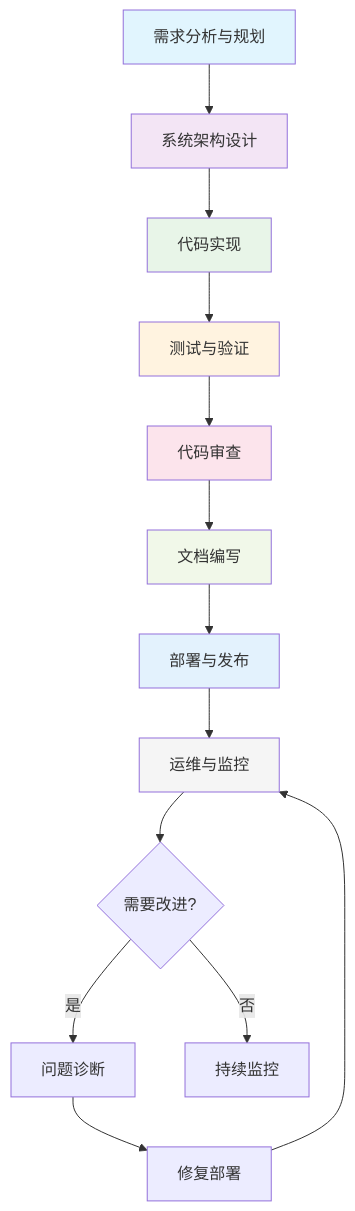
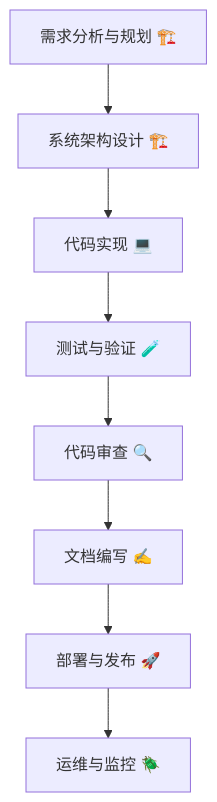
Before and after one commit to Eric0616/Robotor: the diagram in docs/sop/README.md, drawn with Mermaid. The commit also changed other lines of this file and 2 other files, not shown here.

````diff
--- a/docs/sop/README.md
+++ b/docs/sop/README.md
@@ -68,24 +58,10 @@
 ```mermaid
 graph TD
-    A[需求分析与规划] --> B[系统架构设计]
-    B --> C[代码实现]
-    C --> D[测试与验证]
-    D --> E[代码审查]
-    E --> F[文档编写]
-    F --> G[部署与发布]
-    G --> H[运维与监控]
-    H --> I{需要改进?}
-    I -->|是| J[问题诊断]
-    J --> K[修复部署]
-    K --> H
-    I -->|否| L[持续监控]
-
-    style A fill:#e1f5fe
-    style B fill:#f3e5f5
-    style C fill:#e8f5e8
-    style D fill:#fff3e0
-    style E fill:#fce4ec
-    style F fill:#f1f8e9
-    style G fill:#e3f2fd
-    style H fill:#f5f5f5
+    A[需求分析与规划 🏗️] --> B[系统架构设计 🏗️]
+    B --> C[代码实现 💻]
+    C --> D[测试与验证 🧪]
+    D --> E[代码审查 🔍]
+    E --> F[文档编写 ✍️]
+    F --> G[部署与发布 🚀]
+    G --> H[运维与监控 🪲]
 ```
````
